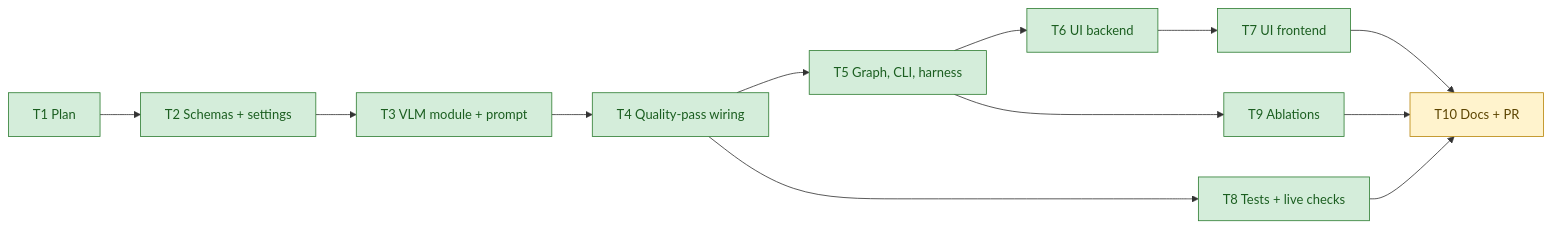
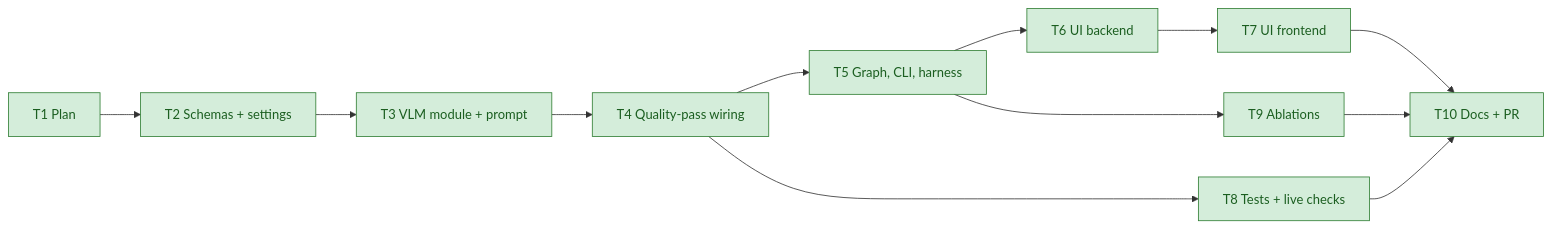
One commit to lofeodo/rfp-solution-summary-generator changed the third of 3 diagrams in docs/ROADMAP.md. Above: the diagram before and after it, drawn with Mermaid. The commit also changed other lines of this file, not shown here.

Commit message:
ST2: roadmap status done, graph and progress line

````diff
--- a/docs/ROADMAP.md
+++ b/docs/ROADMAP.md
@@ -2448,18 +2448,18 @@
   ```mermaid
   flowchart LR
       T1[T1 Plan] --> T2[T2 Schemas + settings]
       T2 --> T3[T3 VLM module + prompt]
       T3 --> T4[T4 Quality-pass wiring]
       T4 --> T5[T5 Graph, CLI, harness]
       T5 --> T6[T6 UI backend]
       T6 --> T7[T7 UI frontend]
       T4 --> T8[T8 Tests + live checks]
       T5 --> T9[T9 Ablations]
       T7 --> T10[T10 Docs + PR]
       T8 --> T10
       T9 --> T10
       classDef done fill:#d4edda,stroke:#2e7d32,color:#1b5e20
       classDef ready fill:#fff3cd,stroke:#b8860b,color:#5c4400
-      class T1,T2,T3,T4,T5,T6,T7,T8,T9 done
-      class T10 ready
+      class T1,T2,T3,T4,T5,T6,T7,T8,T9,T10 done
+      %% nothing ready: ST2 is complete
   ```
````
